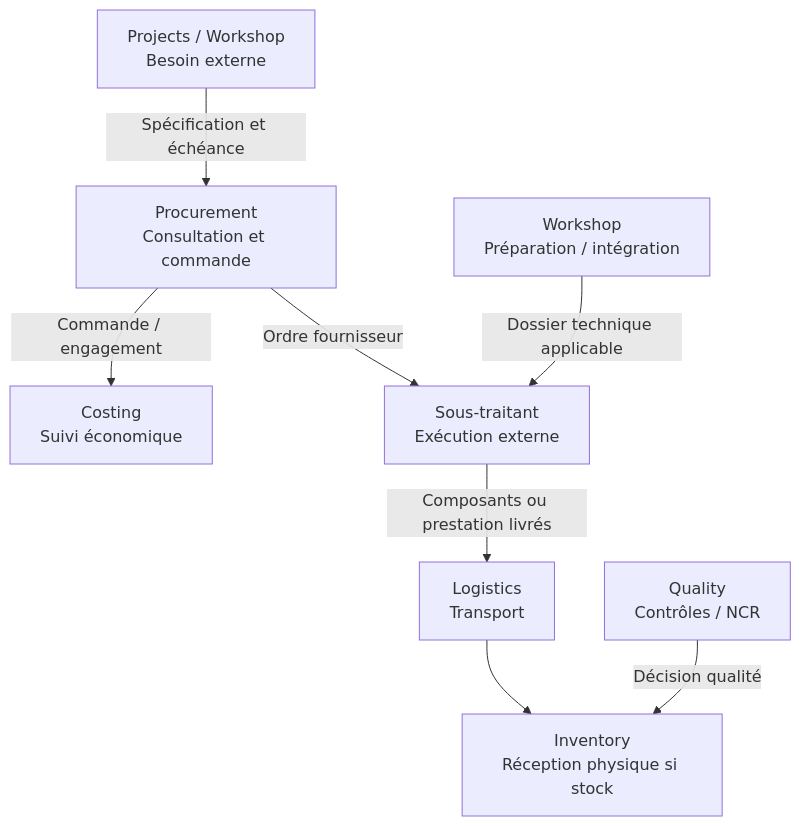
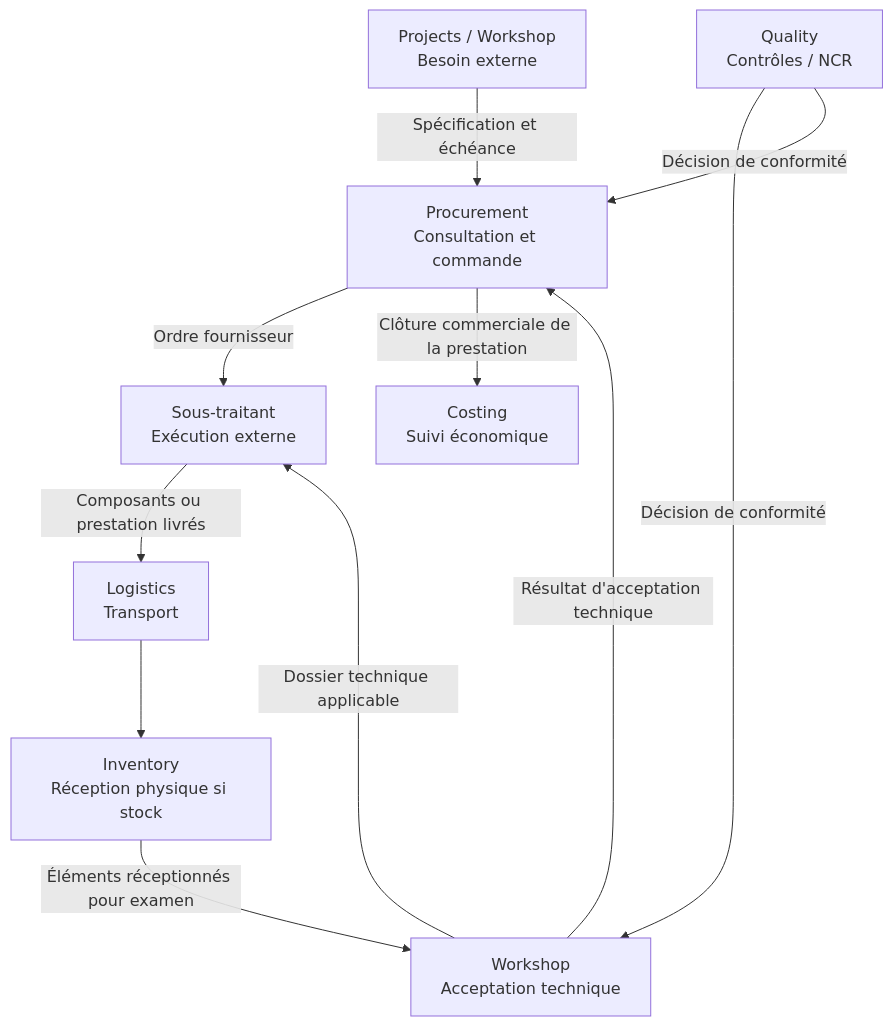
The fourth of 9 diagrams in docs/architecture/domain-dependency-examples-lot-e.md (C2ME-ORGA/chantier), drawn with Mermaid before and after one commit. The commit also changed other lines of this file, not shown here.

````diff
--- a/docs/architecture/domain-dependency-examples-lot-e.md
+++ b/docs/architecture/domain-dependency-examples-lot-e.md
@@ -141,10 +144,13 @@
 ```mermaid
 flowchart TD
     P[Projects / Workshop\nBesoin externe] -->|Spécification et échéance| PR[Procurement\nConsultation et commande]
-    PR -->|Commande / engagement| C[Costing\nSuivi économique]
     PR -->|Ordre fournisseur| EXT[Sous-traitant\nExécution externe]
     W[Workshop\nPréparation / intégration] -->|Dossier technique applicable| EXT
     EXT -->|Composants ou prestation livrés| L[Logistics\nTransport]
     L --> I[Inventory\nRéception physique si stock]
-    Q[Quality\nContrôles / NCR] -->|Décision qualité| I
+    I -->|Éléments réceptionnés pour examen| W[Workshop\nAcceptation technique]
+    Q[Quality\nContrôles / NCR] -->|Décision de conformité| W
+    W -->|Résultat d'acceptation technique| PR
+    Q -->|Décision de conformité| PR
+    PR -->|Clôture commerciale de la prestation| C[Costing\nSuivi économique]
 ```
````
